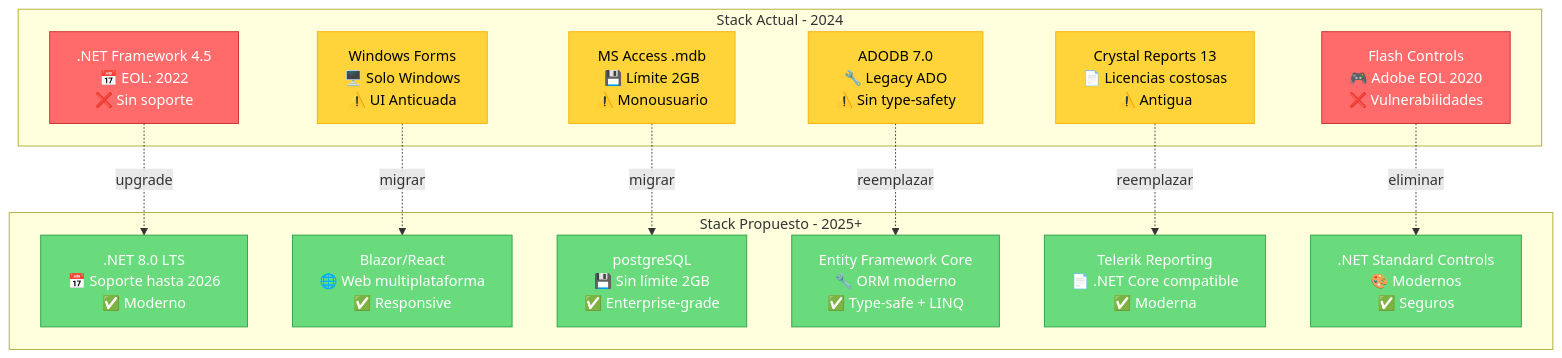
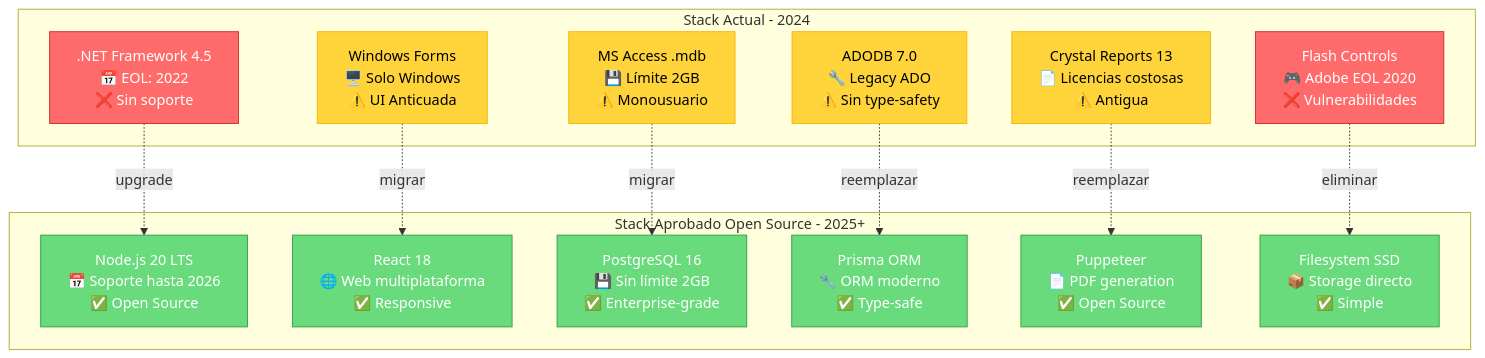
Before and after one commit to dleonsystem/sep_evaluacion_diagnostica: diagram 13 of 19 in DASHBOARD_VISUAL.md, drawn with Mermaid. The commit also changed other lines of this file and 6 other files, not shown here.

First line of the commit message:
feat: migrate from MinIO and Redis to Filesystem SSD and node-cache

````diff
--- a/DASHBOARD_VISUAL.md
+++ b/DASHBOARD_VISUAL.md
@@ -373,41 +373,41 @@
 ```mermaid
 graph TB
     subgraph "Stack Actual - 2024"
         A1[.NET Framework 4.5<br/>📅 EOL: 2022<br/>❌ Sin soporte]
         A2[Windows Forms<br/>🖥️ Solo Windows<br/>⚠️ UI Anticuada]
         A3[MS Access .mdb<br/>💾 Límite 2GB<br/>⚠️ Monousuario]
         A4[ADODB 7.0<br/>🔧 Legacy ADO<br/>⚠️ Sin type-safety]
         A5[Crystal Reports 13<br/>📄 Licencias costosas<br/>⚠️ Antigua]
         A6[Flash Controls<br/>🎮 Adobe EOL 2020<br/>❌ Vulnerabilidades]
     end
     
-    subgraph "Stack Propuesto - 2025+"
-        B1[.NET 8.0 LTS<br/>📅 Soporte hasta 2026<br/>✅ Moderno]
-        B2[Blazor/React<br/>🌐 Web multiplataforma<br/>✅ Responsive]
-        B3[postgreSQL<br/>💾 Sin límite 2GB<br/>✅ Enterprise-grade]
-        B4[Entity Framework Core<br/>🔧 ORM moderno<br/>✅ Type-safe + LINQ]
-        B5[Telerik Reporting<br/>📄 .NET Core compatible<br/>✅ Moderna]
-        B6[.NET Standard Controls<br/>🎨 Modernos<br/>✅ Seguros]
+    subgraph "Stack Aprobado Open Source - 2025+"
+        B1[Node.js 20 LTS<br/>📅 Soporte hasta 2026<br/>✅ Open Source]
+        B2[React 18<br/>🌐 Web multiplataforma<br/>✅ Responsive]
+        B3[PostgreSQL 16<br/>💾 Sin límite 2GB<br/>✅ Enterprise-grade]
+        B4[Prisma ORM<br/>🔧 ORM moderno<br/>✅ Type-safe]
+        B5[Puppeteer<br/>📄 PDF generation<br/>✅ Open Source]
+        B6[Filesystem SSD<br/>📦 Storage directo<br/>✅ Simple]
     end
     
     A1 -.upgrade.-> B1
     A2 -.migrar.-> B2
     A3 -.migrar.-> B3
     A4 -.reemplazar.-> B4
     A5 -.reemplazar.-> B5
     A6 -.eliminar.-> B6
     
     style A1 fill:#ff6b6b,stroke:#c92a2a,color:#fff
     style A2 fill:#ffd43b,stroke:#fab005,color:#000
     style A3 fill:#ffd43b,stroke:#fab005,color:#000
     style A4 fill:#ffd43b,stroke:#fab005,color:#000
     style A5 fill:#ffd43b,stroke:#fab005,color:#000
     style A6 fill:#ff6b6b,stroke:#c92a2a,color:#fff
     
     style B1 fill:#69db7c,stroke:#2f9e44,color:#fff
     style B2 fill:#69db7c,stroke:#2f9e44,color:#fff
     style B3 fill:#69db7c,stroke:#2f9e44,color:#fff
     style B4 fill:#69db7c,stroke:#2f9e44,color:#fff
     style B5 fill:#69db7c,stroke:#2f9e44,color:#fff
     style B6 fill:#69db7c,stroke:#2f9e44,color:#fff
 ```
````
